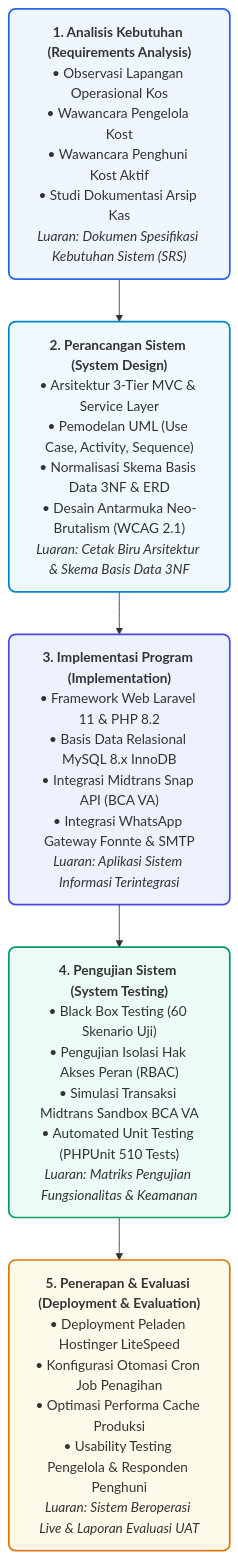
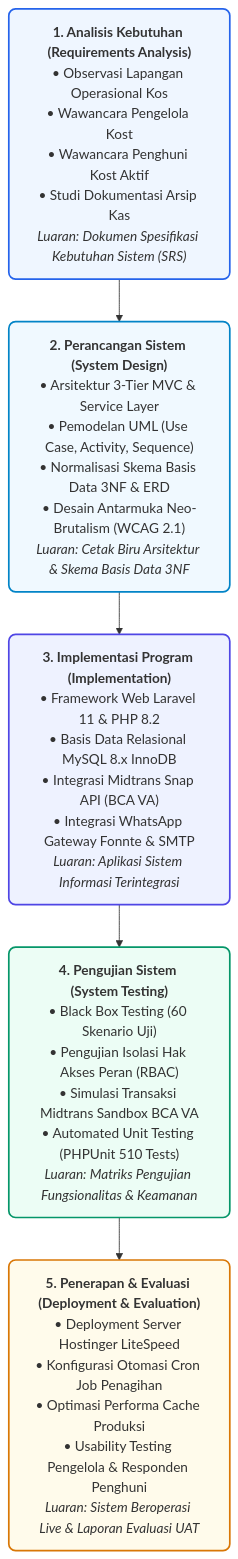
One commit to rafifarsyapradiva/asri-boarding-house changed the first of 2 diagrams in Skripsi/Skripsi_Rafif_Arsya_Pradiva_22.N4.0014.md. Above: the diagram before and after it, drawn with Mermaid. The commit also changed other lines of this file, not shown here.

````diff
--- a/Skripsi/Skripsi_Rafif_Arsya_Pradiva_22.N4.0014.md
+++ b/Skripsi/Skripsi_Rafif_Arsya_Pradiva_22.N4.0014.md
@@ -705,13 +705,13 @@
 ```mermaid
 graph TD
     A["<b>1. Analisis Kebutuhan (Requirements Analysis)</b><br/>• Observasi Lapangan Operasional Kos<br/>• Wawancara Pengelola Kost<br/>• Wawancara Penghuni Kost Aktif<br/>• Studi Dokumentasi Arsip Kas<br/><i>Luaran: Dokumen Spesifikasi Kebutuhan Sistem (SRS)</i>"] --> B["<b>2. Perancangan Sistem (System Design)</b><br/>• Arsitektur 3-Tier MVC & Service Layer<br/>• Pemodelan UML (Use Case, Activity, Sequence)<br/>• Normalisasi Skema Basis Data 3NF & ERD<br/>• Desain Antarmuka Neo-Brutalism (WCAG 2.1)<br/><i>Luaran: Cetak Biru Arsitektur & Skema Basis Data 3NF</i>"]
     B --> C["<b>3. Implementasi Program (Implementation)</b><br/>• Framework Web Laravel 11 & PHP 8.2<br/>• Basis Data Relasional MySQL 8.x InnoDB<br/>• Integrasi Midtrans Snap API (BCA VA)<br/>• Integrasi WhatsApp Gateway Fonnte & SMTP<br/><i>Luaran: Aplikasi Sistem Informasi Terintegrasi</i>"]
     C --> D["<b>4. Pengujian Sistem (System Testing)</b><br/>• Black Box Testing (60 Skenario Uji)<br/>• Pengujian Isolasi Hak Akses Peran (RBAC)<br/>• Simulasi Transaksi Midtrans Sandbox BCA VA<br/>• Automated Unit Testing (PHPUnit 510 Tests)<br/><i>Luaran: Matriks Pengujian Fungsionalitas & Keamanan</i>"]
-    D --> E["<b>5. Penerapan & Evaluasi (Deployment & Evaluation)</b><br/>• Deployment Peladen Hostinger LiteSpeed<br/>• Konfigurasi Otomasi Cron Job Penagihan<br/>• Optimasi Performa Cache Produksi<br/>• Usability Testing Pengelola & Responden Penghuni<br/><i>Luaran: Sistem Beroperasi Live & Laporan Evaluasi UAT</i>"]
+    D --> E["<b>5. Penerapan & Evaluasi (Deployment & Evaluation)</b><br/>• Deployment Server Hostinger LiteSpeed<br/>• Konfigurasi Otomasi Cron Job Penagihan<br/>• Optimasi Performa Cache Produksi<br/>• Usability Testing Pengelola & Responden Penghuni<br/><i>Luaran: Sistem Beroperasi Live & Laporan Evaluasi UAT</i>"]
 
     style A fill:#EFF6FF,stroke:#2563EB,stroke-width:2px,rx:8px,ry:8px
     style B fill:#F0F9FF,stroke:#0284C7,stroke-width:2px,rx:8px,ry:8px
     style C fill:#EEF2FF,stroke:#4F46E5,stroke-width:2px,rx:8px,ry:8px
     style D fill:#ECFDF5,stroke:#059669,stroke-width:2px,rx:8px,ry:8px
     style E fill:#FFFBEB,stroke:#D97706,stroke-width:2px,rx:8px,ry:8px
 ```
````
